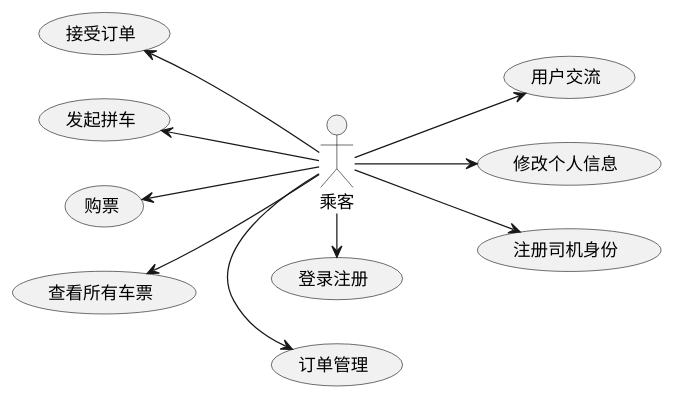
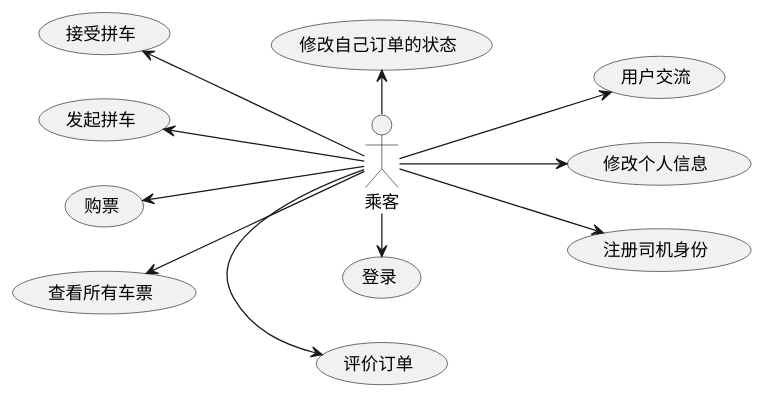
One commit to RZGGM/CarpoolingProjectBasedOnSringbootAndVue-Backend changed the diagram in src/main/resources/uml/用例图/乘客的用例图.puml. Above: the diagram before and after it, drawn with PlantUML. The commit also changed 23 other files, not shown here.

```diff
--- a/src/main/resources/uml/用例图/乘客的用例图.puml
+++ b/src/main/resources/uml/用例图/乘客的用例图.puml
@@ -1,56 +1,58 @@
 @startuml
 'https://plantuml.com/use-case-diagram
 
 left to right direction
 
 '
 '(车票)<|-- (显示所有车票)
 '(车票)<|--(购票)
 '
 '
 '(拼车)<|-- (发起拼车)
 '(拼车)<|--(接受订单)
 '
 '
 '(订单) <|-- (取消订单)
 '(订单) <|-- (发送信息)
 '(订单) <|-- (投诉)
 '
 '(聊天) <|-- (查看信息)
 '(聊天) <|-- (选择聊天室)
 '(聊天) <|-- (发送信息)
 '
 '(我的)<|-- (修改个人信息)
 '(我的)<|-- (注册司机身份)
 
 '
 ':乘客: --> (车票)
 ':乘客: --> (拼车)
 ':乘客: --> (订单)
 ':乘客: --> (聊天)
 ':乘客: --> (我的)
 
 :乘客: -up-> (查看所有车票)
 :乘客: -up-> (购票)
 
 :乘客: -up-> (发起拼车)
-:乘客: -up-> (接受订单)
+:乘客: -up-> (接受拼车)
 
 ':乘客: -up-> (取消订单)
 ':乘客: -right-> (发送信息)
 ':乘客: -right-> (投诉)
-:乘客: -right-> (订单管理)
+':乘客: -right-> (订单管理)
+:乘客: -right-> (评价订单)
+:乘客: -left-> (修改自己订单的状态)
 
 
-:乘客: -right-> (登录注册)
+:乘客: -right-> (登录)
 
 ':乘客: --> (查看信息)
 ':乘客: --> (选择聊天室)
 ':乘客: --> (发送信息)
 :乘客: --> (用户交流)
 
 
 :乘客: --> (修改个人信息)
 :乘客: --> (注册司机身份)
 
 @enduml
```
